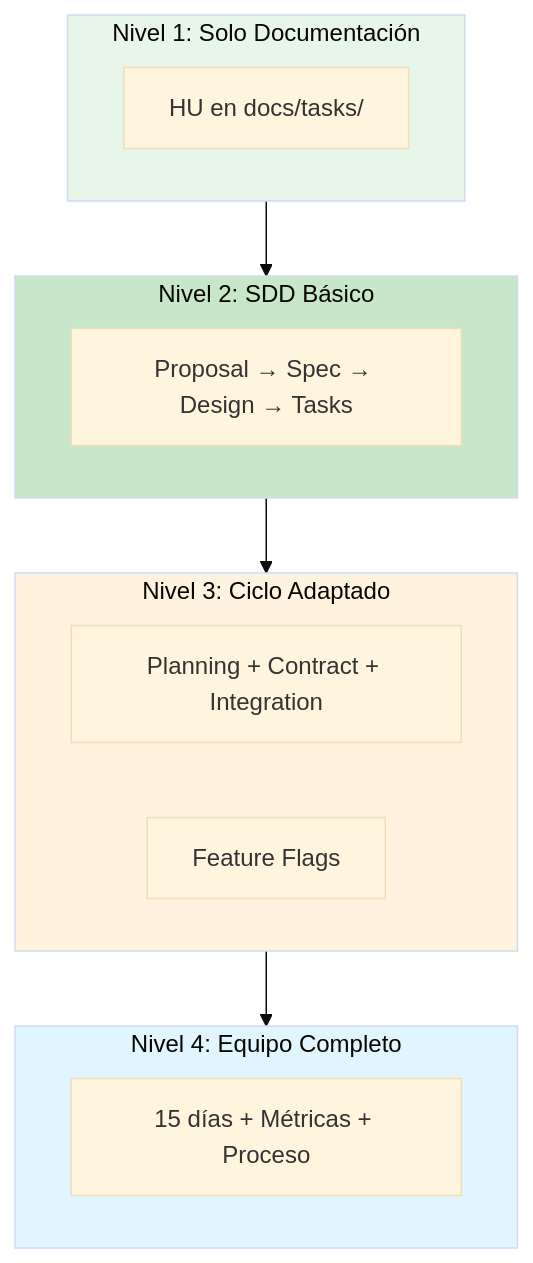
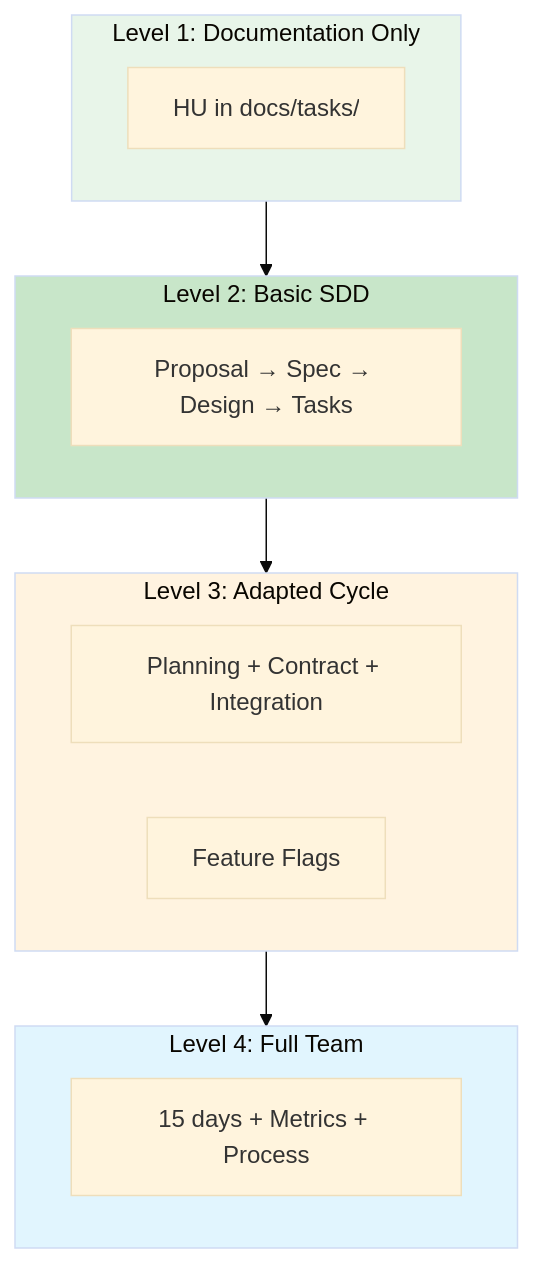
The seventh of 7 diagrams in docs/architecture-diagram.md (crhistianmdz/FlowDocs), drawn with Mermaid (base theme) before and after one commit. The commit also changed other lines of this file and 81 other files, not shown here.

First line of the commit message:
feat: add FlowDoc adoption checklist and update legacy migration guide

````diff
--- a/docs/architecture-diagram.md
+++ b/docs/architecture-diagram.md
@@ -316,28 +316,28 @@
 ```mermaid
 graph TB
-    subgraph N1["Nivel 1: Solo Documentación"]
-        HU[HU en docs/tasks/]
+    subgraph N1["Level 1: Documentation Only"]
+        HU[HU in docs/tasks/]
     end
 
-    subgraph N2["Nivel 2: SDD Básico"]
+    subgraph N2["Level 2: Basic SDD"]
         SDD[Proposal → Spec → Design → Tasks]
     end
 
-    subgraph N3["Nivel 3: Ciclo Adaptado"]
+    subgraph N3["Level 3: Adapted Cycle"]
         CYCLE[Planning + Contract + Integration]
         FLAGS[Feature Flags]
     end
 
-    subgraph N4["Nivel 4: Equipo Completo"]
-        FULL[15 días + Métricas + Proceso]
+    subgraph N4["Level 4: Full Team"]
+        FULL[15 days + Metrics + Process]
     end
 
     N1 --> N2
     N2 --> N3
     N3 --> N4
 
     style N1 fill:#e8f5e9
     style N2 fill:#c8e6c9
     style N3 fill:#fff3e0
     style N4 fill:#e1f5fe
 ```
````
